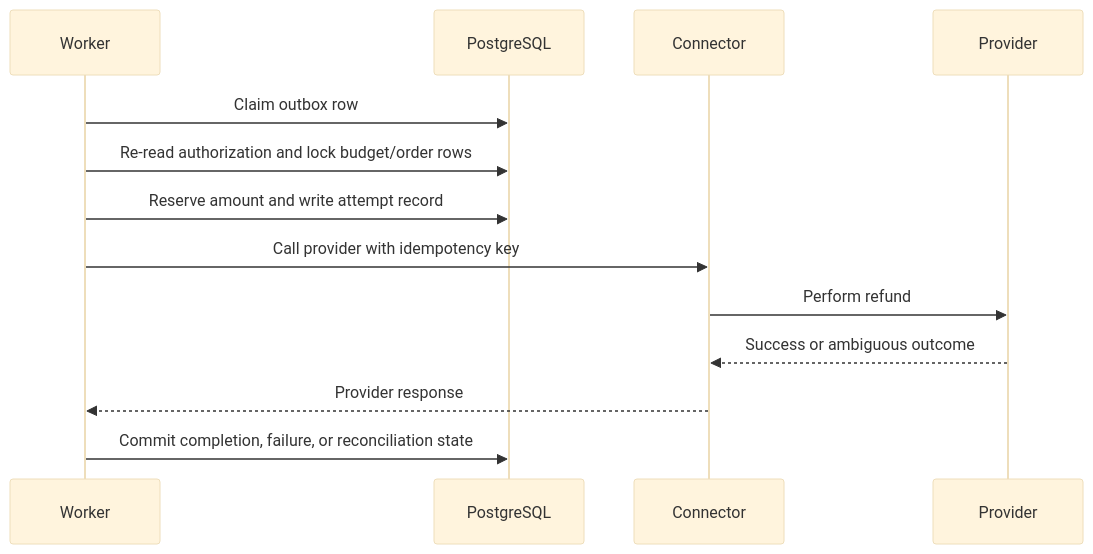
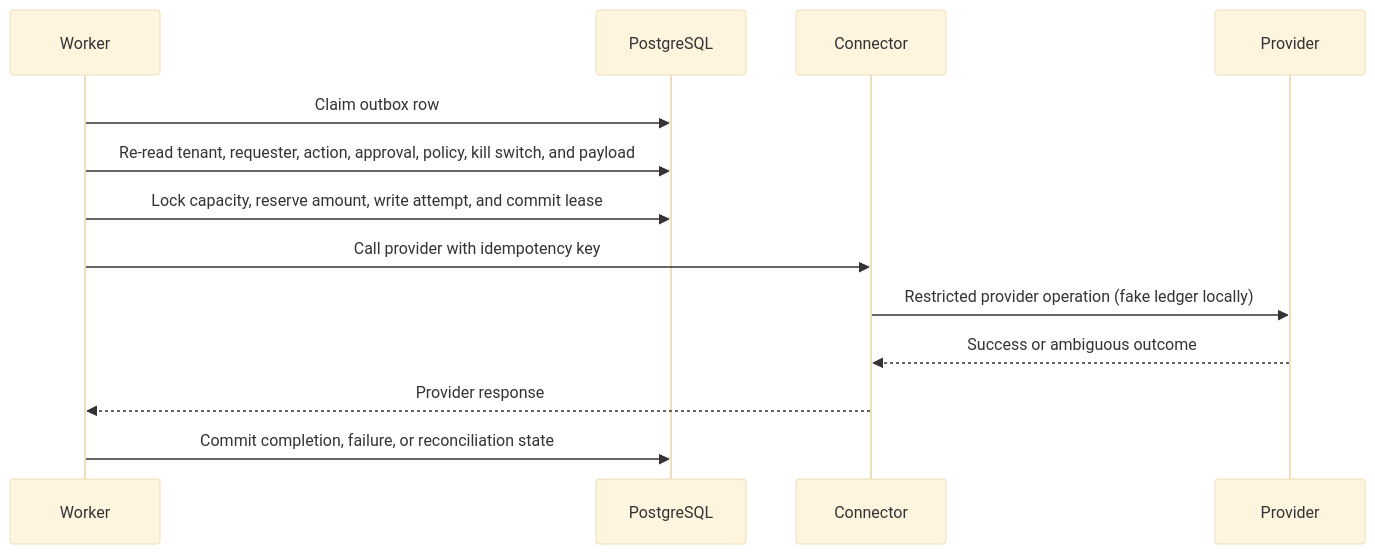
Before and after one commit to SurajPatel108/Fiar: the fourth of 4 diagrams in docs/ARCHITECTURE.md, drawn with Mermaid (base theme). The commit also changed other lines of this file and 19 other files, not shown here.

````diff
--- a/docs/ARCHITECTURE.md
+++ b/docs/ARCHITECTURE.md
@@ -96,16 +96,16 @@
 ```mermaid
 sequenceDiagram
   participant W as Worker
   participant DB as PostgreSQL
   participant C as Connector
   participant P as Provider
 
   W->>DB: Claim outbox row
-  W->>DB: Re-read authorization and lock budget/order rows
-  W->>DB: Reserve amount and write attempt record
+  W->>DB: Re-read tenant, requester, action, approval, policy, kill switch, and payload
+  W->>DB: Lock capacity, reserve amount, write attempt, and commit lease
   W->>C: Call provider with idempotency key
-  C->>P: Perform refund
+  C->>P: Restricted provider operation (fake ledger locally)
   P-->>C: Success or ambiguous outcome
   C-->>W: Provider response
   W->>DB: Commit completion, failure, or reconciliation state
 ```
````
